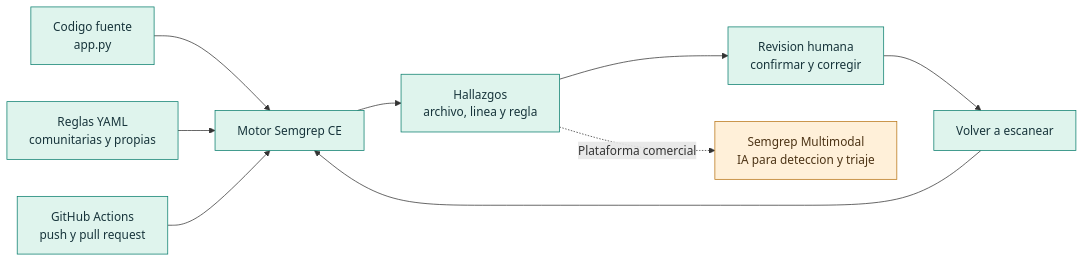
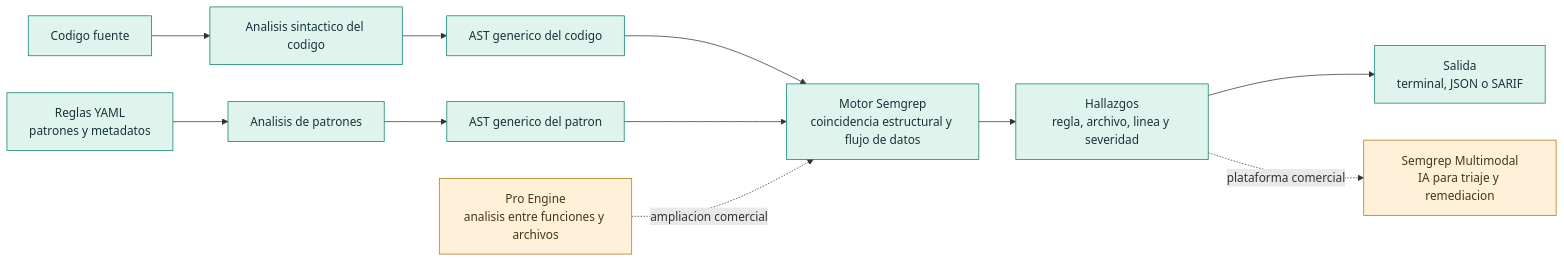
Before and after one commit to ChethhSito/Seguridad---Grupo3: the diagram in docs/semgrep_arquitectura.mmd, drawn with Mermaid. The commit also changed 1 other file, not shown here.

Commit message:
Corregir diagrama para arquitectura general de Semgrep

```diff
--- a/docs/semgrep_arquitectura.mmd
+++ b/docs/semgrep_arquitectura.mmd
@@ -1,14 +1,17 @@
 flowchart LR
-    A[Codigo fuente<br/>app.py] --> C[Motor Semgrep CE]
-    B[Reglas YAML<br/>comunitarias y propias] --> C
-    C --> D[Hallazgos<br/>archivo, linea y regla]
-    D --> E[Revision humana<br/>confirmar y corregir]
-    E --> F[Volver a escanear]
-    F --> C
-    G[GitHub Actions<br/>push y pull request] --> C
-    D -. Plataforma comercial .-> H[Semgrep Multimodal<br/>IA para deteccion y triaje]
+    A[Codigo fuente] --> C[Analisis sintactico del codigo]
+    B[Reglas YAML<br/>patrones y metadatos] --> D[Analisis de patrones]
+    C --> E[AST generico del codigo]
+    D --> H[AST generico del patron]
+    E --> I[Motor Semgrep<br/>coincidencia estructural y flujo de datos]
+    H --> I
+    I --> F[Hallazgos<br/>regla, archivo, linea y severidad]
+    F --> G[Salida<br/>terminal, JSON o SARIF]
 
-    classDef local fill:#dff4ed,stroke:#087d6d,color:#17343b;
+    P[Pro Engine<br/>analisis entre funciones y archivos] -. ampliacion comercial .-> I
+    F -. plataforma comercial .-> M[Semgrep Multimodal<br/>IA para triaje y remediacion]
+
+    classDef core fill:#dff4ed,stroke:#087d6d,color:#17343b;
     classDef optional fill:#fff0d9,stroke:#b87413,color:#4d3416;
-    class A,B,C,D,E,F,G local;
-    class H optional;
+    class A,B,C,D,E,F,G,H,I core;
+    class P,M optional;
```
